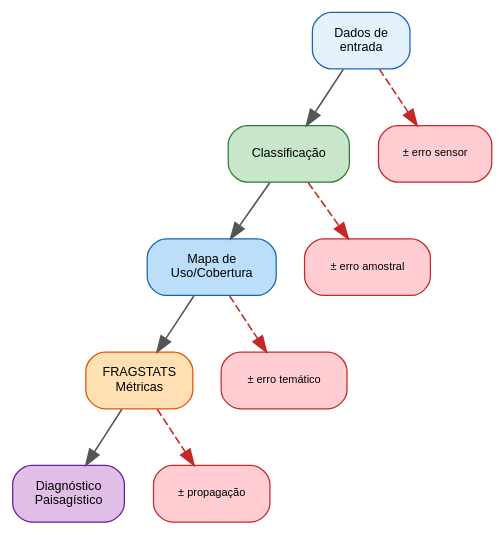
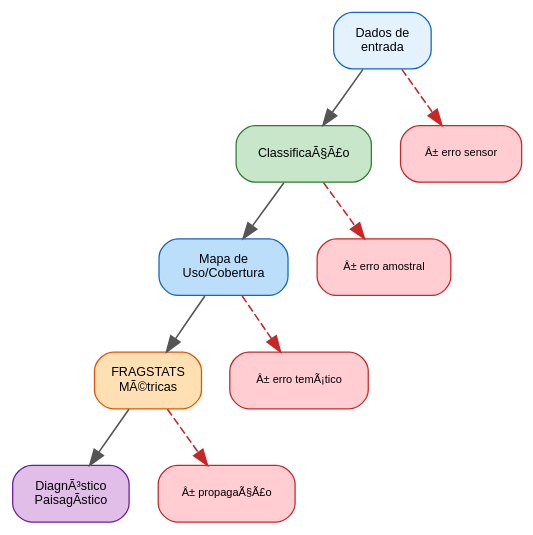
The second of 2 diagrams in aulas/analise_paisagem/aulas/validacao_modelos_paisagem/validacao_modelos_paisagem.qmd (ldvsantos/cv), drawn with Graphviz before and after one commit. The commit also changed other lines of this file and 466 other files, not shown here.

````diff
--- a/aulas/analise_paisagem/aulas/validacao_modelos_paisagem/validacao_modelos_paisagem.qmd
+++ b/aulas/analise_paisagem/aulas/validacao_modelos_paisagem/validacao_modelos_paisagem.qmd
@@ -223,27 +221,27 @@
 ```{dot}
-//| fig-cap: "Propagação de erros do mapa para as métricas de paisagem."
+//| fig-cap: "PropagaÃ§Ã£o de erros do mapa para as mÃ©tricas de paisagem."
 //| fig-width: 5
 digraph {
     rankdir=TB
     bgcolor="transparent"
     node [shape=box, style="rounded,filled", fontname="Helvetica", fontsize=8, margin="0.15,0.08", penwidth=0.8]
     edge [color="#555555", penwidth=1.0]
 
     DADO [label="Dados de\nentrada", fillcolor="#E3F2FD", color="#1565C0"]
-    CLASS [label="Classificação", fillcolor="#C8E6C9", color="#2E7D32"]
+    CLASS [label="ClassificaÃ§Ã£o", fillcolor="#C8E6C9", color="#2E7D32"]
     MAPA [label="Mapa de\nUso/Cobertura", fillcolor="#BBDEFB", color="#1565C0"]
-    FRAG [label="FRAGSTATS\nMétricas", fillcolor="#FFE0B2", color="#E65100"]
-    DIAG [label="Diagnóstico\nPaisagístico", fillcolor="#E1BEE7", color="#6A1B9A"]
+    FRAG [label="FRAGSTATS\nMÃ©tricas", fillcolor="#FFE0B2", color="#E65100"]
+    DIAG [label="DiagnÃ³stico\nPaisagÃ­stico", fillcolor="#E1BEE7", color="#6A1B9A"]
 
-    E1 [label="± erro sensor", fillcolor="#FFCDD2", color="#C62828", fontsize=7]
-    E2 [label="± erro amostral", fillcolor="#FFCDD2", color="#C62828", fontsize=7]
-    E3 [label="± erro temático", fillcolor="#FFCDD2", color="#C62828", fontsize=7]
-    E4 [label="± propagação", fillcolor="#FFCDD2", color="#C62828", fontsize=7]
+    E1 [label="Â± erro sensor", fillcolor="#FFCDD2", color="#C62828", fontsize=7]
+    E2 [label="Â± erro amostral", fillcolor="#FFCDD2", color="#C62828", fontsize=7]
+    E3 [label="Â± erro temÃ¡tico", fillcolor="#FFCDD2", color="#C62828", fontsize=7]
+    E4 [label="Â± propagaÃ§Ã£o", fillcolor="#FFCDD2", color="#C62828", fontsize=7]
 
     DADO -> CLASS -> MAPA -> FRAG -> DIAG
     DADO -> E1 [style=dashed, color="#C62828"]
     CLASS -> E2 [style=dashed, color="#C62828"]
     MAPA -> E3 [style=dashed, color="#C62828"]
     FRAG -> E4 [style=dashed, color="#C62828"]
 }
 ```
````
